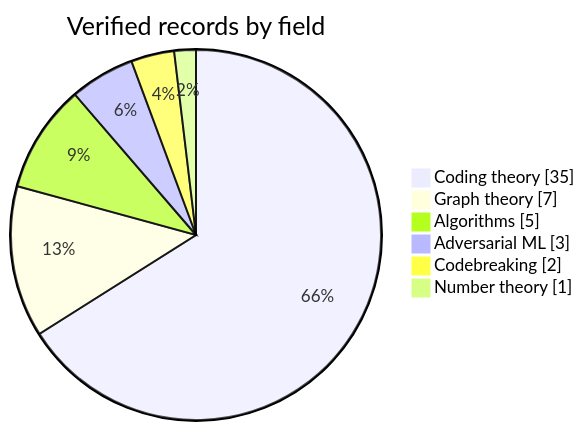
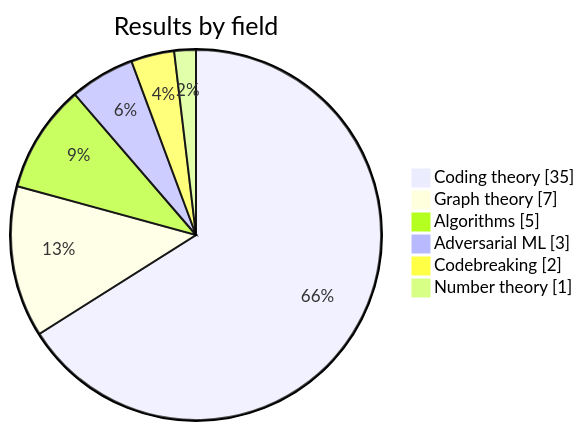
Before and after one commit to CannibalKush/V3R1T4S: the diagram in README.md, drawn with Mermaid. The commit also changed other lines of this file and 3 other files, not shown here.

````diff
--- a/README.md
+++ b/README.md
@@ -58,10 +59,10 @@
 ```mermaid
 pie showData
-    title Verified records by field
+    title Results by field
     "Coding theory" : 35
     "Graph theory" : 7
     "Algorithms" : 5
     "Adversarial ML" : 3
     "Codebreaking" : 2
     "Number theory" : 1
 ```
````
